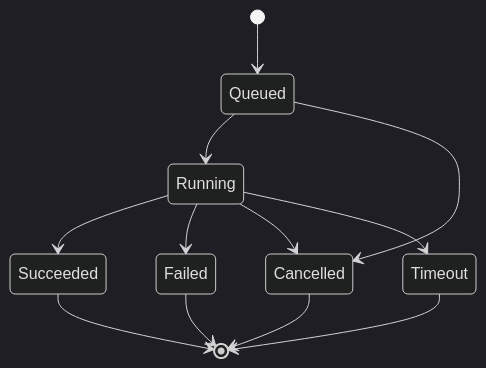
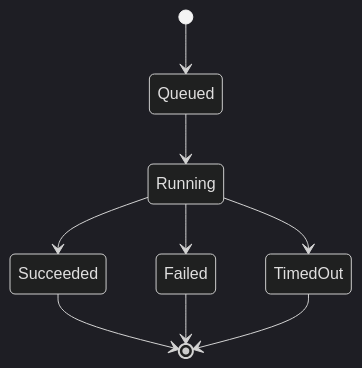
One commit to realme-max/IndustrialAIServiceFramework changed the tenth of 10 diagrams in docs/architecture.md. Above: the diagram before and after it, drawn with Mermaid (dark theme). The commit also changed other lines of this file and 31 other files, not shown here.

````diff
--- a/docs/architecture.md
+++ b/docs/architecture.md
@@ -649,14 +696,11 @@
 ```mermaid
 stateDiagram-v2
     [*] --> Queued
     Queued --> Running
-    Queued --> Cancelled
     Running --> Succeeded
     Running --> Failed
-    Running --> Cancelled
-    Running --> Timeout
+    Running --> TimedOut
     Succeeded --> [*]
     Failed --> [*]
-    Cancelled --> [*]
-    Timeout --> [*]
+    TimedOut --> [*]
 ```
````
